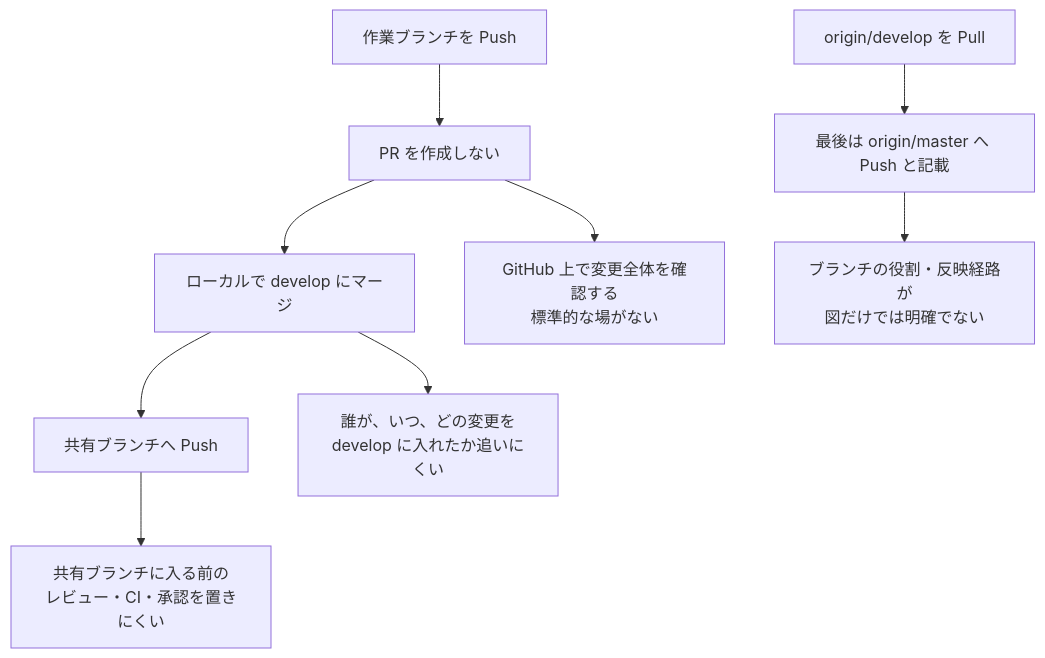
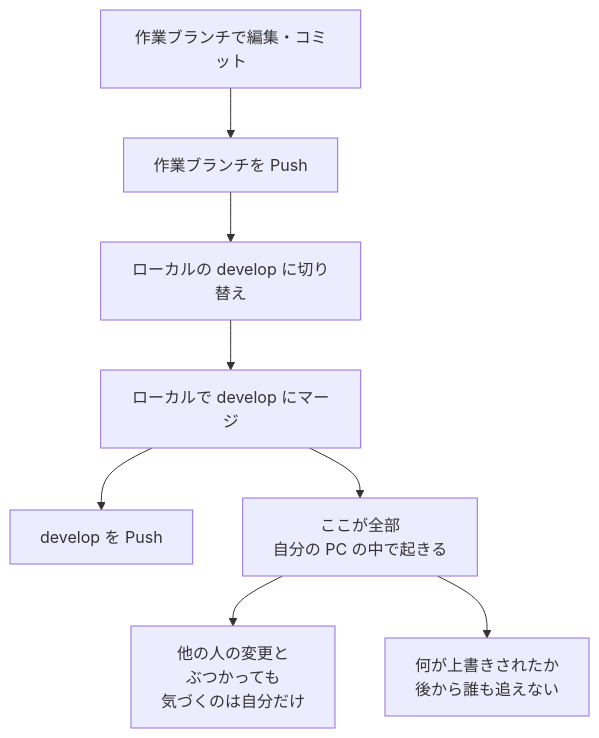
Before and after one commit to dekinaiNet/practice1: the fourth of 6 diagrams in genkou-flow-pr-kaizen.md, drawn with Mermaid. The commit also changed other lines of this file and 1 other file, not shown here.

First line of the commit message:
Develop (#11)

````diff
--- a/genkou-flow-pr-kaizen.md
+++ b/genkou-flow-pr-kaizen.md
@@ -70,13 +99,10 @@
 ```mermaid
 flowchart TD
-    A["作業ブランチを Push"] --> B["PR を作成しない"]
-    B --> C["ローカルで develop にマージ"]
-    C --> D["共有ブランチへ Push"]
-
-    B --> E["GitHub 上で変更全体を確認する<br/>標準的な場がない"]
-    C --> F["誰が、いつ、どの変更を<br/>develop に入れたか追いにくい"]
-    D --> G["共有ブランチに入る前の<br/>レビュー・CI・承認を置きにくい"]
-
-    H["origin/develop を Pull"] --> I["最後は origin/master へ Push と記載"]
-    I --> J["ブランチの役割・反映経路が<br/>図だけでは明確でない"]
+    A["作業ブランチで編集・コミット"] --> B["作業ブランチを Push"]
+    B --> C["ローカルの develop に切り替え"]
+    C --> D["ローカルで develop にマージ"]
+    D --> E["develop を Push"]
+    D --> X["ここが全部<br/>自分の PC の中で起きる"]
+    X --> Y["他の人の変更と<br/>ぶつかっても<br/>気づくのは自分だけ"]
+    X --> Z["何が上書きされたか<br/>後から誰も追えない"]
 ```
````
